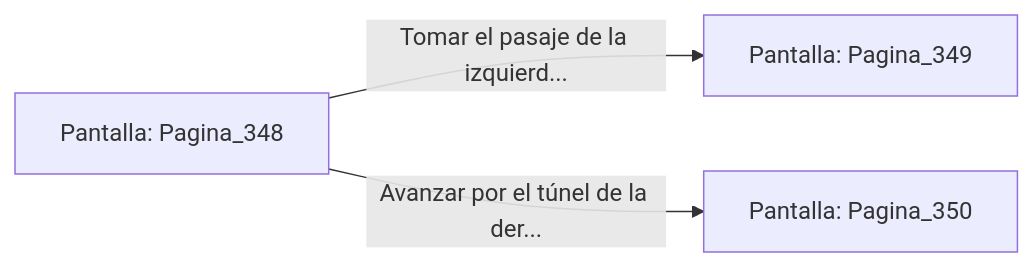
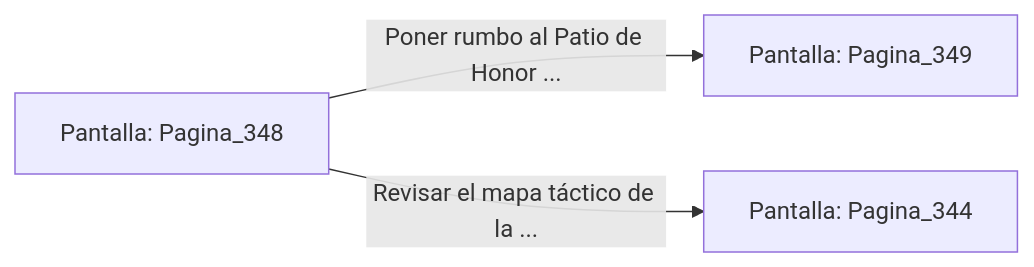
One commit to metsuke/mpl changed the diagram in sample/eligejuego-vault/Pantalla_Pagina_348.md. Above: the diagram before and after it, drawn with Mermaid. The commit also changed other lines of this file and 635 other files, not shown here.

First line of the commit message:
fix: añadir Pagina_1 como pantalla inicial en capitulo_01.mpl

````diff
--- a/sample/eligejuego-vault/Pantalla_Pagina_348.md
+++ b/sample/eligejuego-vault/Pantalla_Pagina_348.md
@@ -20,6 +22,6 @@
 ```mermaid
 graph LR
     P_Pagina_348["Pantalla: Pagina_348"]
-    P_Pagina_348 -->|"Tomar el pasaje de la izquierd..."| P_Pagina_349["Pantalla: Pagina_349"]
-    P_Pagina_348 -->|"Avanzar por el túnel de la der..."| P_Pagina_350["Pantalla: Pagina_350"]
+    P_Pagina_348 -->|"Poner rumbo al Patio de Honor ..."| P_Pagina_349["Pantalla: Pagina_349"]
+    P_Pagina_348 -->|"Revisar el mapa táctico de la ..."| P_Pagina_344["Pantalla: Pagina_344"]
 ```
````
